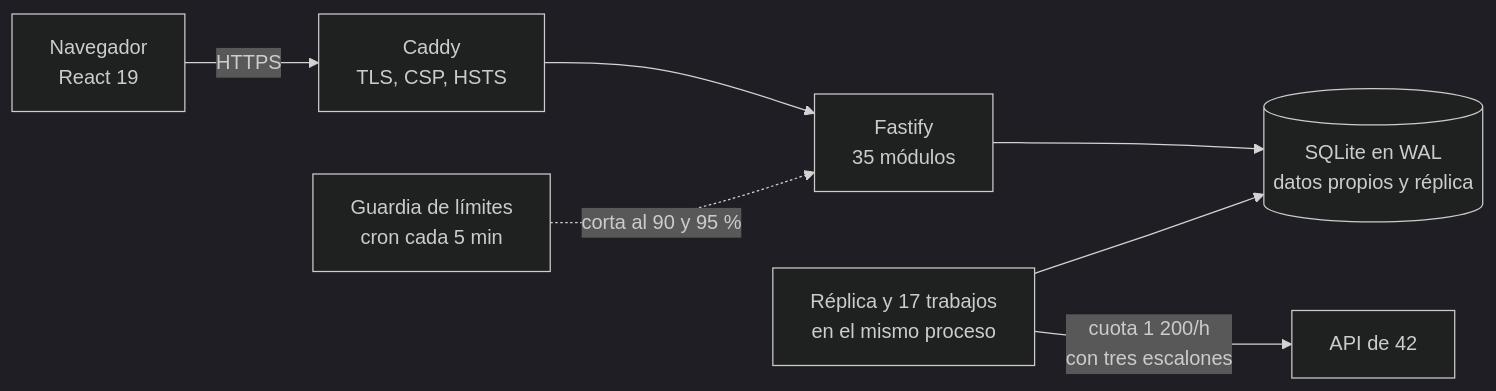
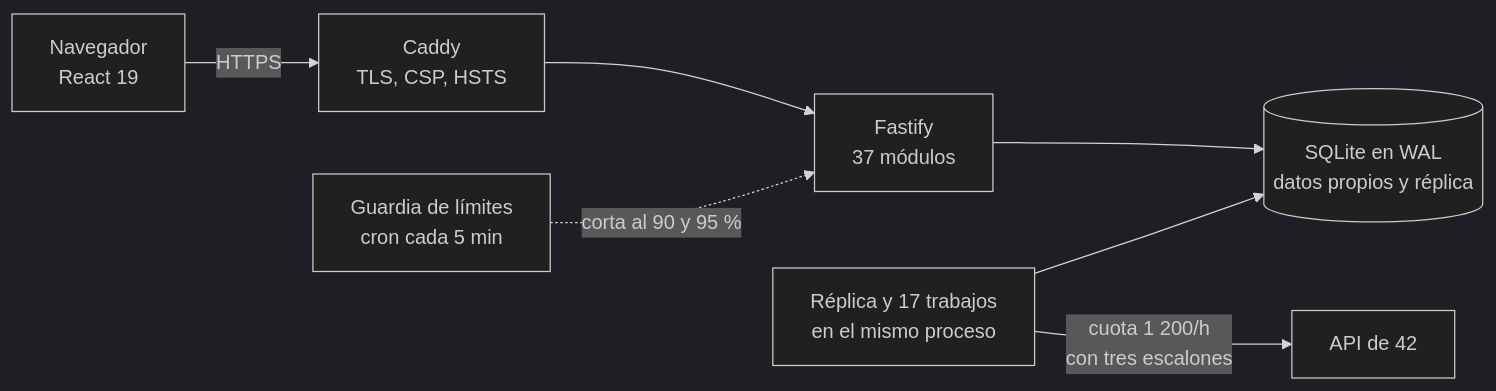
The first of 2 diagrams in README.md (ALRO-GM/sanatorio-42), drawn with Mermaid (dark theme) before and after one commit. The commit also changed other lines of this file and 94 other files, not shown here.

````diff
--- a/README.md
+++ b/README.md
@@ -272,9 +274,9 @@
 ```mermaid
 flowchart LR
   P["Navegador<br/>React 19"] -->|HTTPS| C["Caddy<br/>TLS, CSP, HSTS"]
-  C --> A["Fastify<br/>35 módulos"]
+  C --> A["Fastify<br/>37 módulos"]
   A --> D[("SQLite en WAL<br/>datos propios y réplica")]
   S["Réplica y 17 trabajos<br/>en el mismo proceso"] --> D
   S -->|"cuota 1 200/h<br/>con tres escalones"| Q["API de 42"]
   G["Guardia de límites<br/>cron cada 5 min"] -. "corta al 90 y 95 %" .-> A
 ```
````
